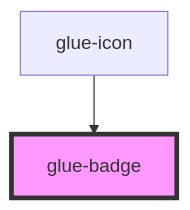
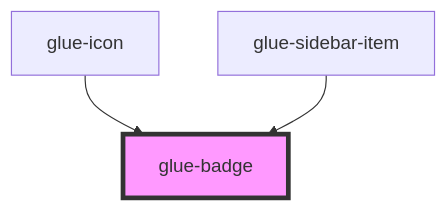
One commit to grasilife/glue changed the diagram in packages/glue-components/src/components/glue-badge/readme.md. Above: the diagram before and after it, drawn with Mermaid. The commit also changed other lines of this file and 71 other files, not shown here.

````diff
--- a/packages/glue-components/src/components/glue-badge/readme.md
+++ b/packages/glue-components/src/components/glue-badge/readme.md
@@ -26,5 +27,6 @@
 ```mermaid
 graph TD;
   glue-icon --> glue-badge
+  glue-sidebar-item --> glue-badge
   style glue-badge fill:#f9f,stroke:#333,stroke-width:4px
 ```
````
